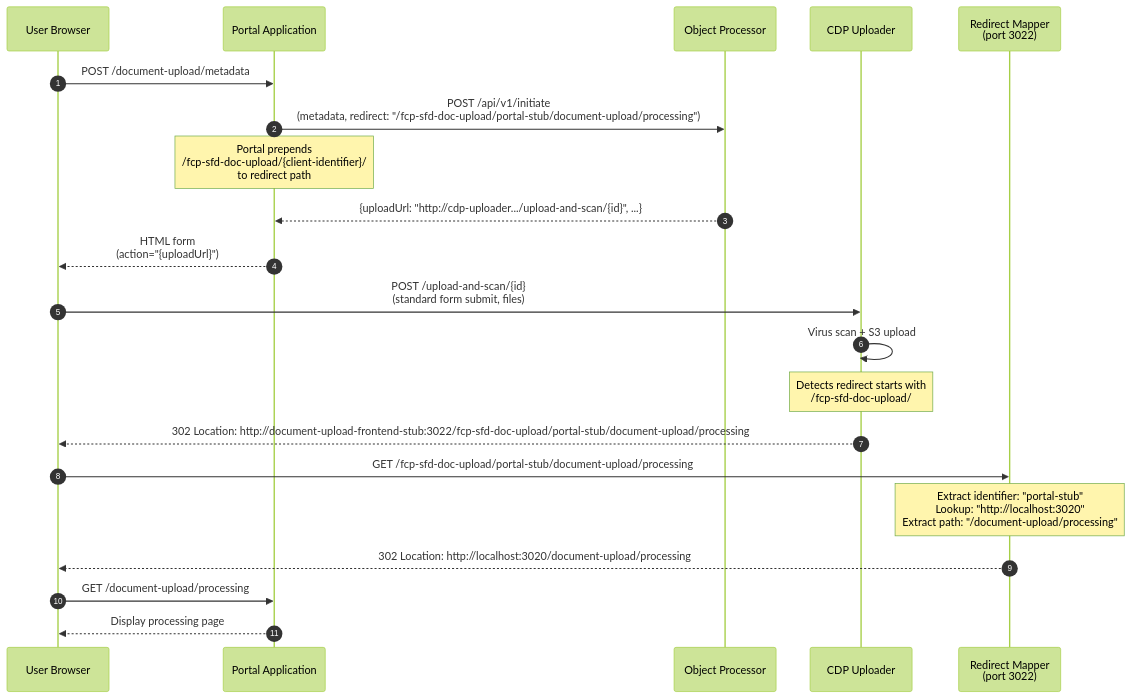
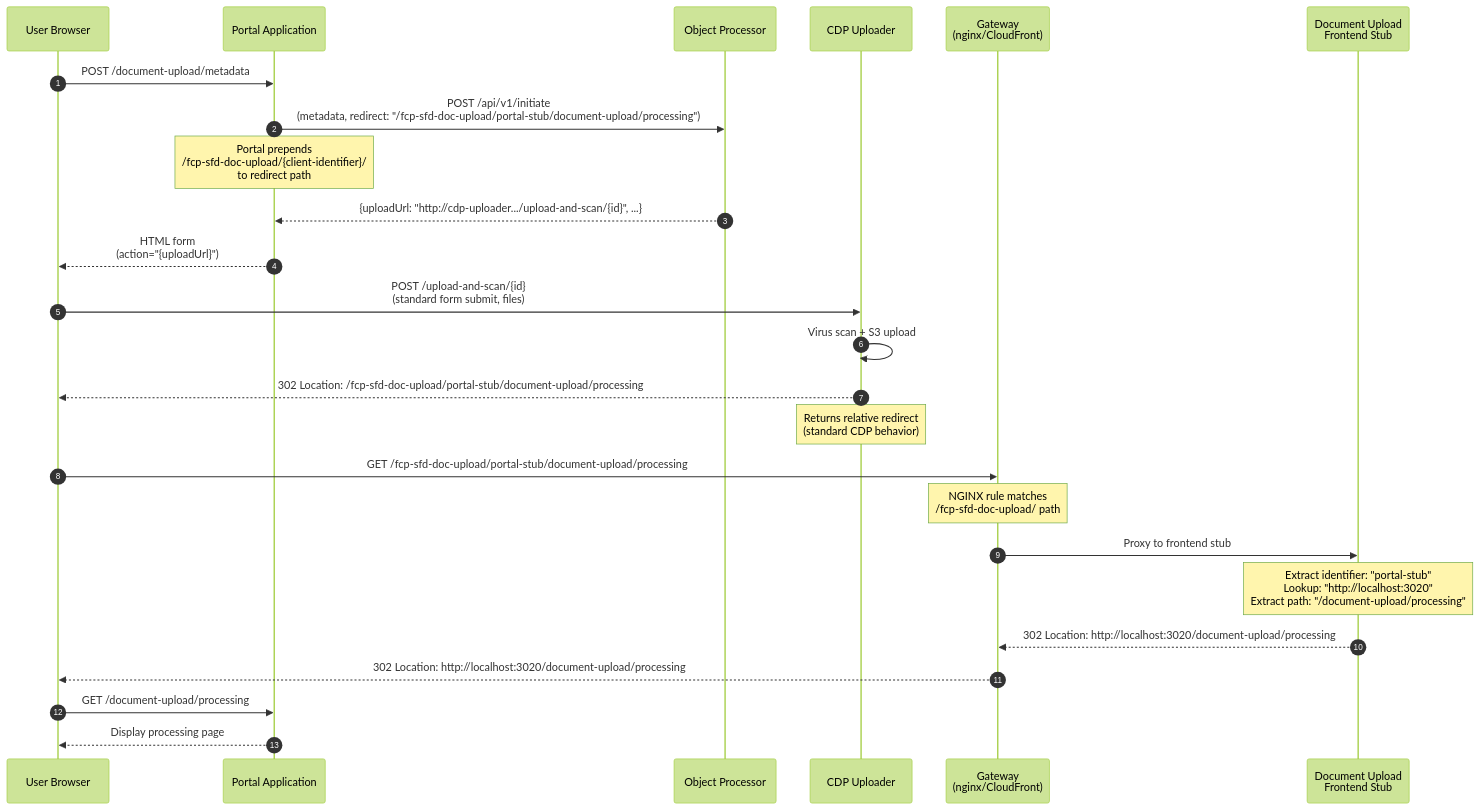
Before and after one commit to DEFRA/fcp-sfd-portal-stub: the second of 3 diagrams in README.md, drawn with Mermaid (forest theme). The commit also changed other lines of this file, not shown here.

````diff
--- a/README.md
+++ b/README.md
@@ -295,27 +295,31 @@
 ```mermaid
 sequenceDiagram
     autonumber
     participant Browser as User Browser
     participant Portal as Portal Application
     participant Processor as Object Processor
     participant Uploader as CDP Uploader
-    participant Mapper as Redirect Mapper<br/>(port 3022)
+    participant Gateway as Gateway<br/>(nginx/CloudFront)
+    participant Frontend as Document Upload<br/>Frontend Stub
 
     Browser->>Portal: POST /document-upload/metadata
     Portal->>Processor: POST /api/v1/initiate<br/>(metadata, redirect: "/fcp-sfd-doc-upload/portal-stub/document-upload/processing")
     Note over Portal: Portal prepends<br/>/fcp-sfd-doc-upload/{client-identifier}/<br/>to redirect path
     Processor-->>Portal: {uploadUrl: "http://cdp-uploader.../upload-and-scan/{id}", ...}
     Portal-->>Browser: HTML form<br/>(action="{uploadUrl}")
     
     Browser->>Uploader: POST /upload-and-scan/{id}<br/>(standard form submit, files)
     Uploader->>Uploader: Virus scan + S3 upload
-    Note over Uploader: Detects redirect starts with<br/>/fcp-sfd-doc-upload/
-    Uploader-->>Browser: 302 Location: http://document-upload-frontend-stub:3022/fcp-sfd-doc-upload/portal-stub/document-upload/processing
+    Uploader-->>Browser: 302 Location: /fcp-sfd-doc-upload/portal-stub/document-upload/processing
+    Note over Uploader: Returns relative redirect<br/>(standard CDP behavior)
     
-    Browser->>Mapper: GET /fcp-sfd-doc-upload/portal-stub/document-upload/processing
-    Note over Mapper: Extract identifier: "portal-stub"<br/>Lookup: "http://localhost:3020"<br/>Extract path: "/document-upload/processing"
-    Mapper-->>Browser: 302 Location: http://localhost:3020/document-upload/processing
+    Browser->>Gateway: GET /fcp-sfd-doc-upload/portal-stub/document-upload/processing
+    Note over Gateway: NGINX rule matches<br/>/fcp-sfd-doc-upload/ path
+    Gateway->>Frontend: Proxy to frontend stub
+    Note over Frontend: Extract identifier: "portal-stub"<br/>Lookup: "http://localhost:3020"<br/>Extract path: "/document-upload/processing"
+    Frontend-->>Gateway: 302 Location: http://localhost:3020/document-upload/processing
+    Gateway-->>Browser: 302 Location: http://localhost:3020/document-upload/processing
     
     Browser->>Portal: GET /document-upload/processing
     Portal-->>Browser: Display processing page
 ```
````
